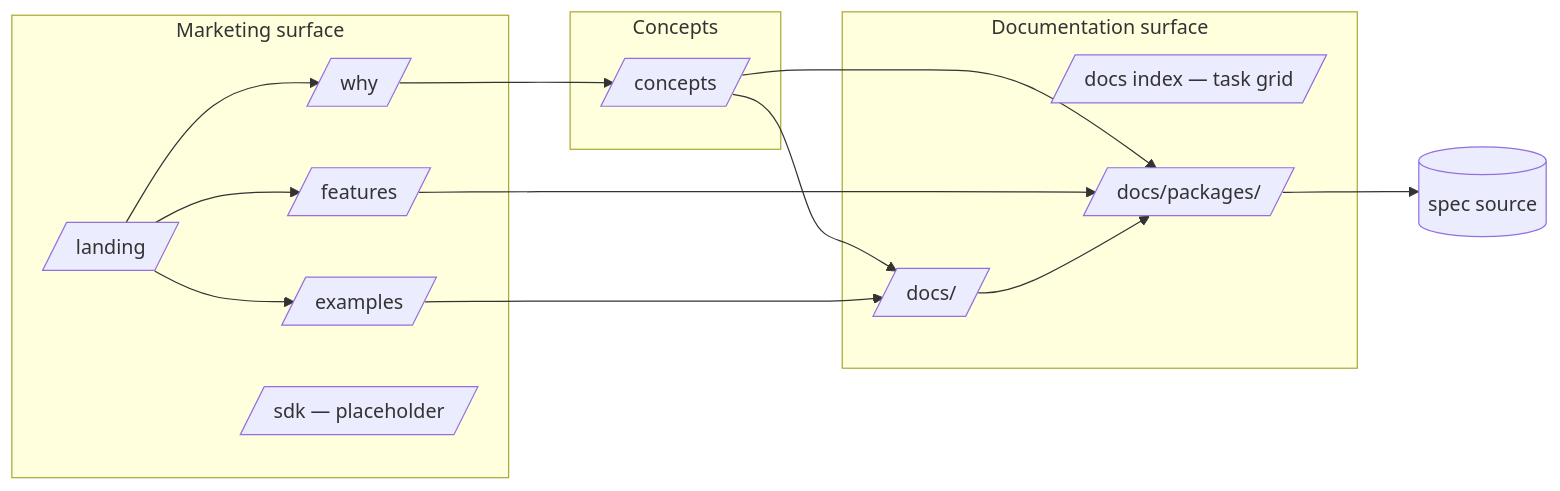
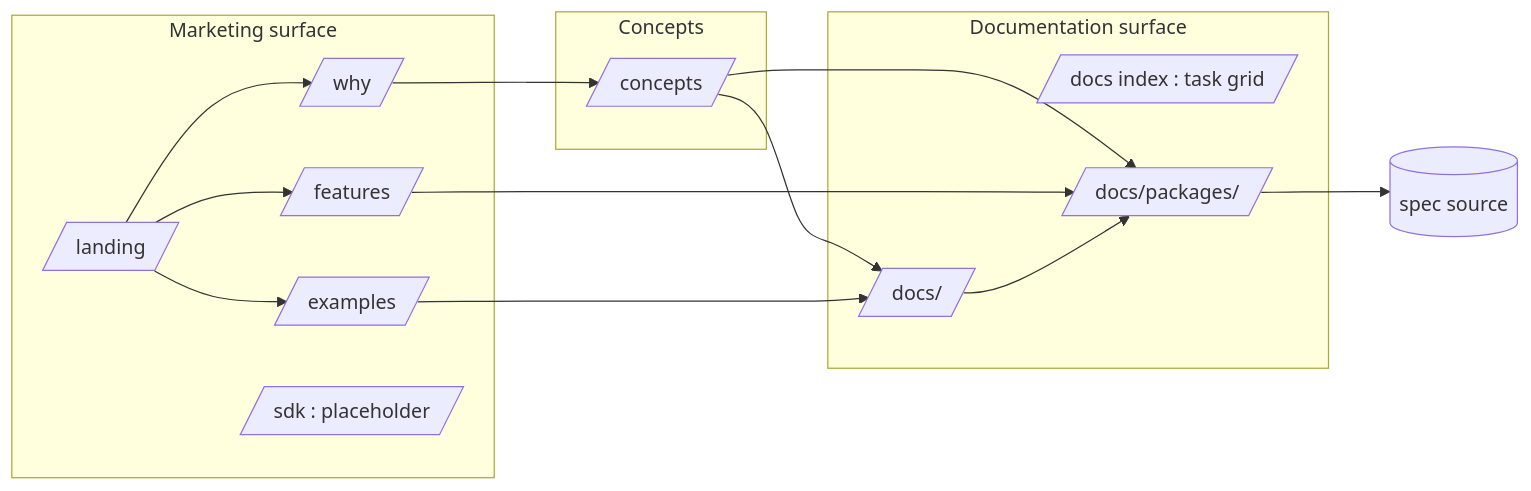
Before and after one commit to nathanbrophy/glacier: the diagram in specs/0031-public-site.md, drawn with Mermaid. The commit also changed other lines of this file and 83 other files, not shown here.

````diff
--- a/specs/0031-public-site.md
+++ b/specs/0031-public-site.md
@@ -50,26 +50,26 @@
 ```mermaid
 flowchart LR
   subgraph M[Marketing surface]
     L[/ landing/]
     W[/why/]
     F[/features/]
     E[/examples/]
-    S[/sdk — placeholder/]
+    S[/sdk :  placeholder/]
   end
   subgraph C[Concepts]
     CP[/concepts/]
   end
   subgraph D[Documentation surface]
-    DI[/docs index — task grid/]
+    DI[/docs index :  task grid/]
     DT[/docs/<task>/]
     DP[/docs/packages/<name>/]
   end
   L --> W & F & E
   W --> CP
   CP --> DT
   CP --> DP
   F --> DP
   E --> DT
   DT --> DP
   DP --> SP[(spec source)]
 ```
````
